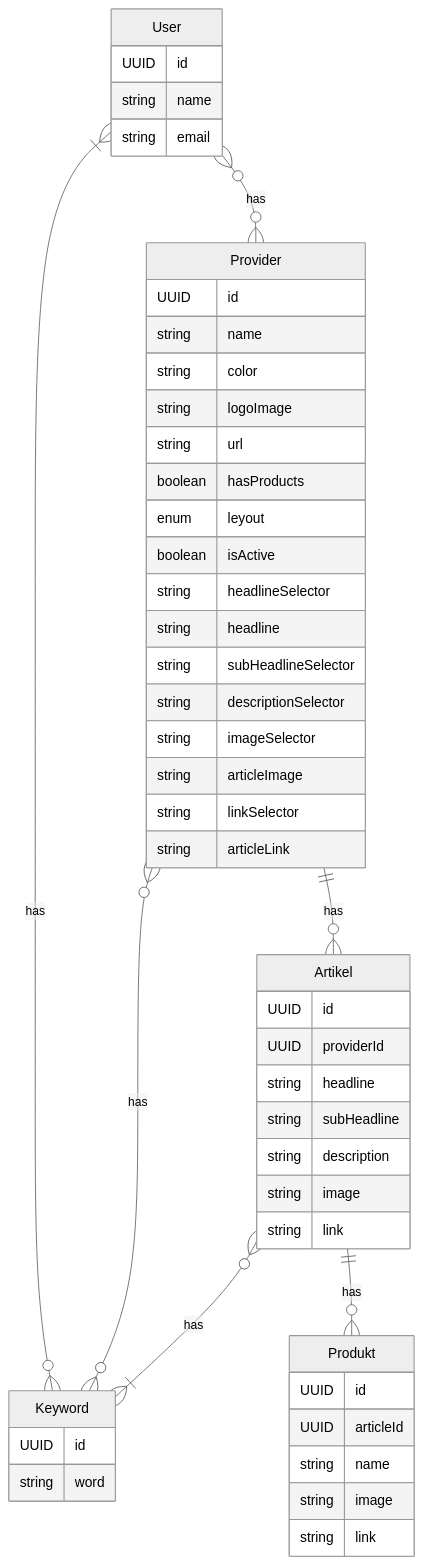
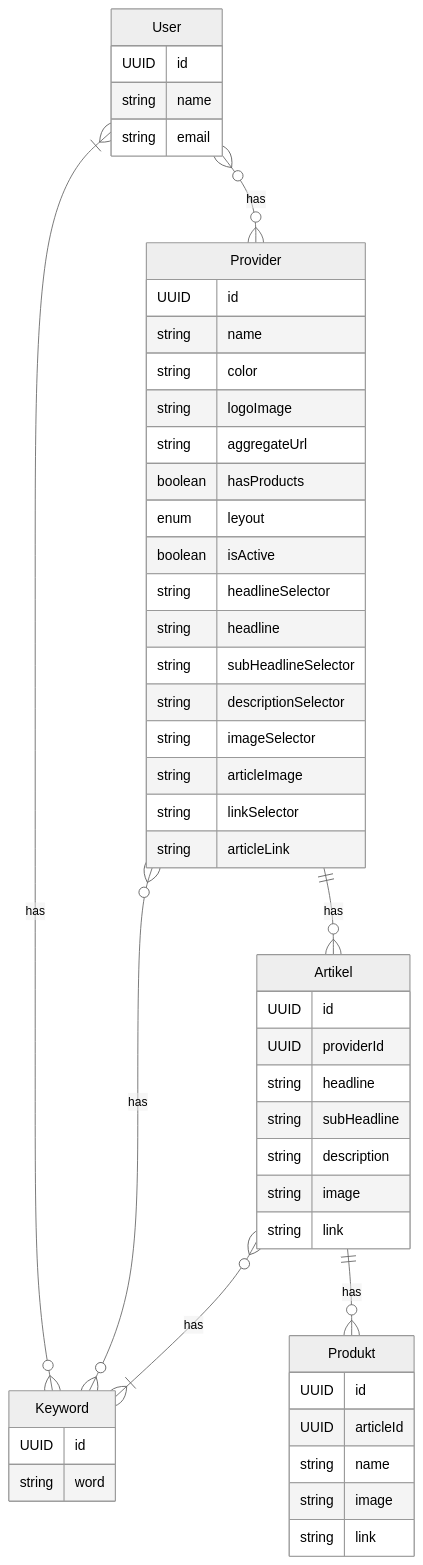
The diagram in doku/docs/architecture/8_Querschnittliche_Konzepte.md (Skanky0815/NerdBubble), drawn with Mermaid (neutral theme) before and after one commit.

Commit message:
refactor: change for clear naming

````diff
--- a/doku/docs/architecture/8_Querschnittliche_Konzepte.md
+++ b/doku/docs/architecture/8_Querschnittliche_Konzepte.md
@@ -5,53 +5,53 @@
 ```mermaid
 erDiagram
     User }|--o{ Keyword: has
     User }o--o{ Provider: has
     User {
         UUID id
         string name
         string email
     }
     Provider }o--o{ Keyword: has
     Provider ||--o{ Artikel: has
     Provider {
         UUID id
         string name
         string color
         string logoImage
-        string url
+        string aggregateUrl
         boolean hasProducts
         enum leyout
         boolean isActive
         string headlineSelector
         string headline
         string subHeadlineSelector
         string descriptionSelector
         string imageSelector
         string articleImage
         string linkSelector
         string articleLink
     }
     Keyword {
         UUID id
         string word
     }
     Artikel ||--o{ Produkt: has
     Artikel }o--|{ Keyword: has
     Artikel {
         UUID id
         UUID providerId
         string headline
         string subHeadline
         string description
         string image
         string link
     }
     Produkt {
         UUID id
         UUID articleId
         string name
         string image
         string link
     }
     
 ```
````
